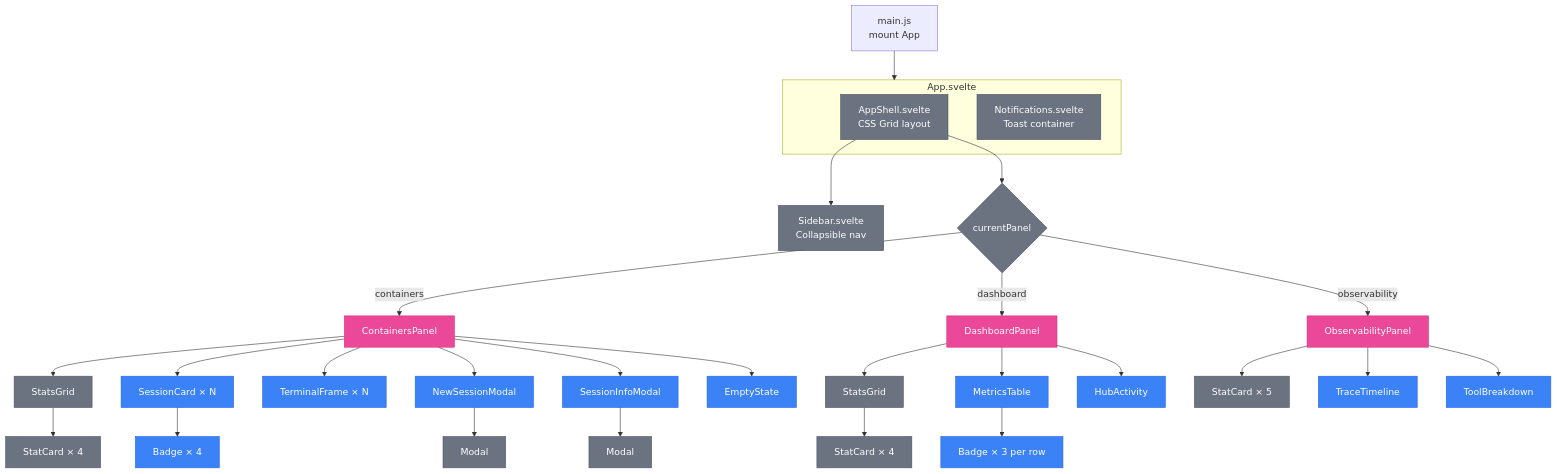
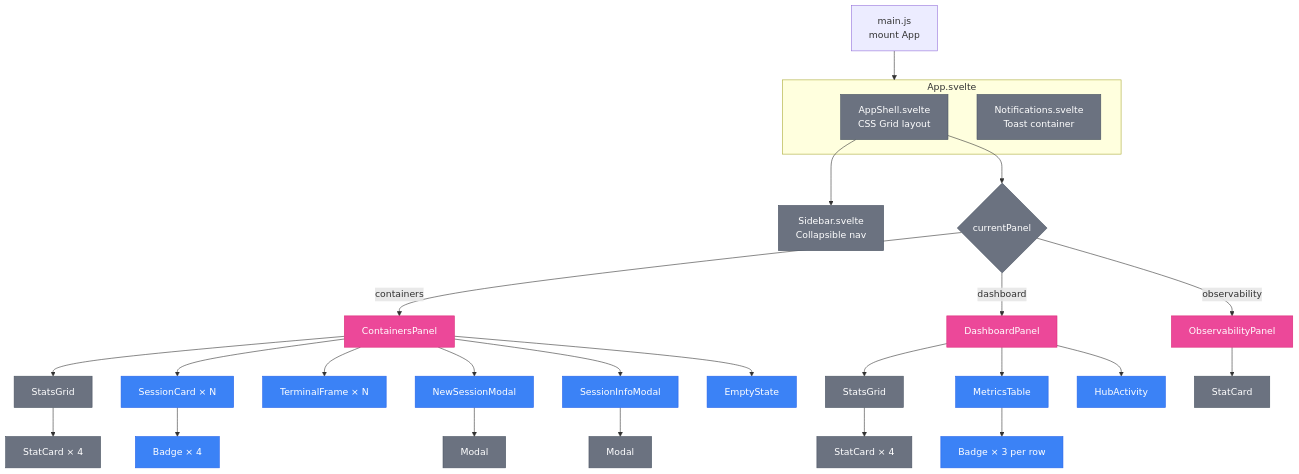
The first of 4 diagrams in docs/brainbox/dashboard.md (neverprepared/phantom-ink), drawn with Mermaid before and after one commit. The commit also changed other lines of this file and 239 other files, not shown here.

````diff
--- a/docs/brainbox/dashboard.md
+++ b/docs/brainbox/dashboard.md
@@ -13,47 +13,45 @@
 ```mermaid
 graph TB
     Main[main.js<br/>mount App] --> App
 
     subgraph App["App.svelte"]
         AS[AppShell.svelte<br/>CSS Grid layout]
         NF[Notifications.svelte<br/>Toast container]
     end
 
     AS --> SB[Sidebar.svelte<br/>Collapsible nav]
     AS --> Router{currentPanel}
 
     Router -->|containers| CP[ContainersPanel]
     Router -->|dashboard| DP[DashboardPanel]
     Router -->|observability| OP[ObservabilityPanel]
 
     CP --> SG1[StatsGrid]
     CP --> SC[SessionCard × N]
     CP --> TF[TerminalFrame × N]
     CP --> NSM[NewSessionModal]
     CP --> SIM[SessionInfoModal]
     CP --> ES[EmptyState]
 
     SC --> Badge[Badge × 4]
     NSM --> Modal1[Modal]
     SIM --> Modal2[Modal]
 
     DP --> SG2[StatsGrid]
     DP --> MT[MetricsTable]
     DP --> HA[HubActivity]
     MT --> Badge2[Badge × 3 per row]
 
-    OP --> SC2[StatCard × 5]
-    OP --> TT[TraceTimeline]
-    OP --> TB[ToolBreakdown]
+    OP --> SC2[StatCard]
 
     SG1 --> SC1[StatCard × 4]
     SG2 --> SC3[StatCard × 4]
 
     classDef panelStyle fill:#ec4899,stroke:#db2777,color:#fff
     classDef compStyle fill:#3b82f6,stroke:#2563eb,color:#fff
     classDef layoutStyle fill:#6b7280,stroke:#4b5563,color:#fff
 
     class CP,DP,OP panelStyle
-    class SC,TF,NSM,SIM,ES,MT,HA,TT,TB,Badge,Badge2 compStyle
+    class SC,TF,NSM,SIM,ES,MT,HA,Badge,Badge2 compStyle
     class AS,SB,NF,Router,SG1,SG2,SC1,SC2,SC3,Modal1,Modal2 layoutStyle
 ```
````
